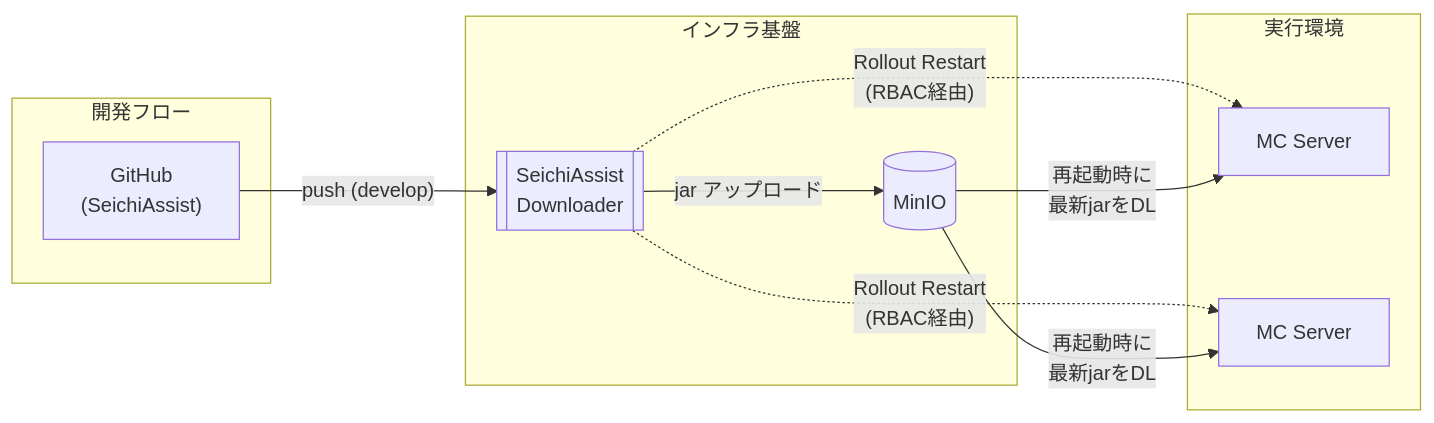
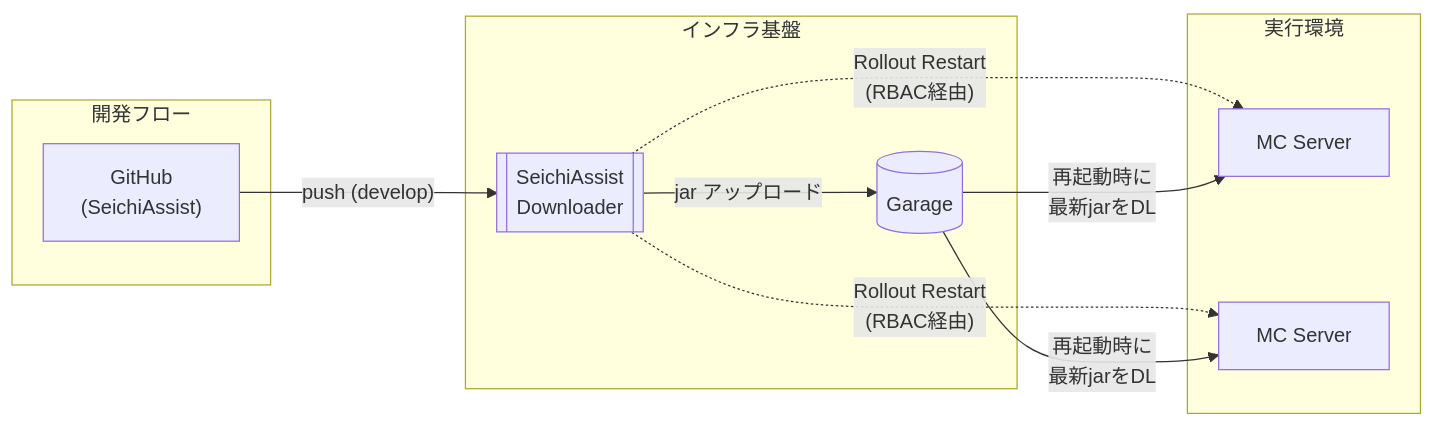
Before and after one commit to GiganticMinecraft/seichi_infra: the second of 3 diagrams in seichi-onp-k8s/manifests/seichi-kubernetes/apps/seichi-debug-minecraft/README.md, drawn with Mermaid. The commit also changed other lines of this file and 41 other files, not shown here.

First line of the commit message:
feat: MinIO を Garage に完全移行し MinIO を廃止

````diff
--- a/seichi-onp-k8s/manifests/seichi-kubernetes/apps/seichi-debug-minecraft/README.md
+++ b/seichi-onp-k8s/manifests/seichi-kubernetes/apps/seichi-debug-minecraft/README.md
@@ -35,24 +35,24 @@
 ```mermaid
 graph LR
     subgraph dev["開発フロー"]
         REPO["GitHub<br/>(SeichiAssist)"]
     end
 
     subgraph infra["インフラ基盤"]
         DL[["SeichiAssist<br/>Downloader"]]
-        MINIO[("MinIO")]
+        GARAGE[("Garage")]
     end
 
     subgraph runtime["実行環境"]
         S1["MC Server"]
         S2["MC Server"]
     end
 
     REPO -->|"push (develop)"| DL
-    DL -->|"jar アップロード"| MINIO
+    DL -->|"jar アップロード"| GARAGE
     DL -.->|"Rollout Restart<br/>(RBAC経由)"| S1
     DL -.->|"Rollout Restart<br/>(RBAC経由)"| S2
     
-    MINIO -->|"再起動時に<br/>最新jarをDL"| S1
-    MINIO -->|"再起動時に<br/>最新jarをDL"| S2
+    GARAGE -->|"再起動時に<br/>最新jarをDL"| S1
+    GARAGE -->|"再起動時に<br/>最新jarをDL"| S2
 ```
````
